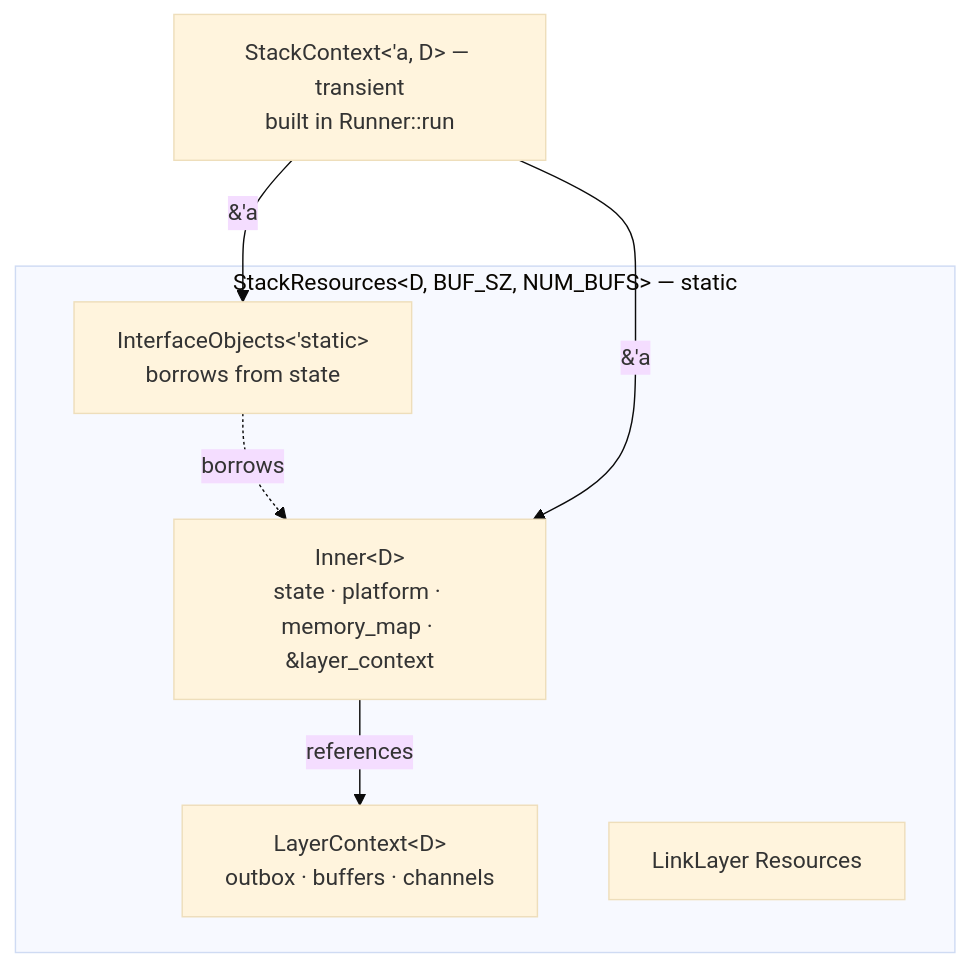
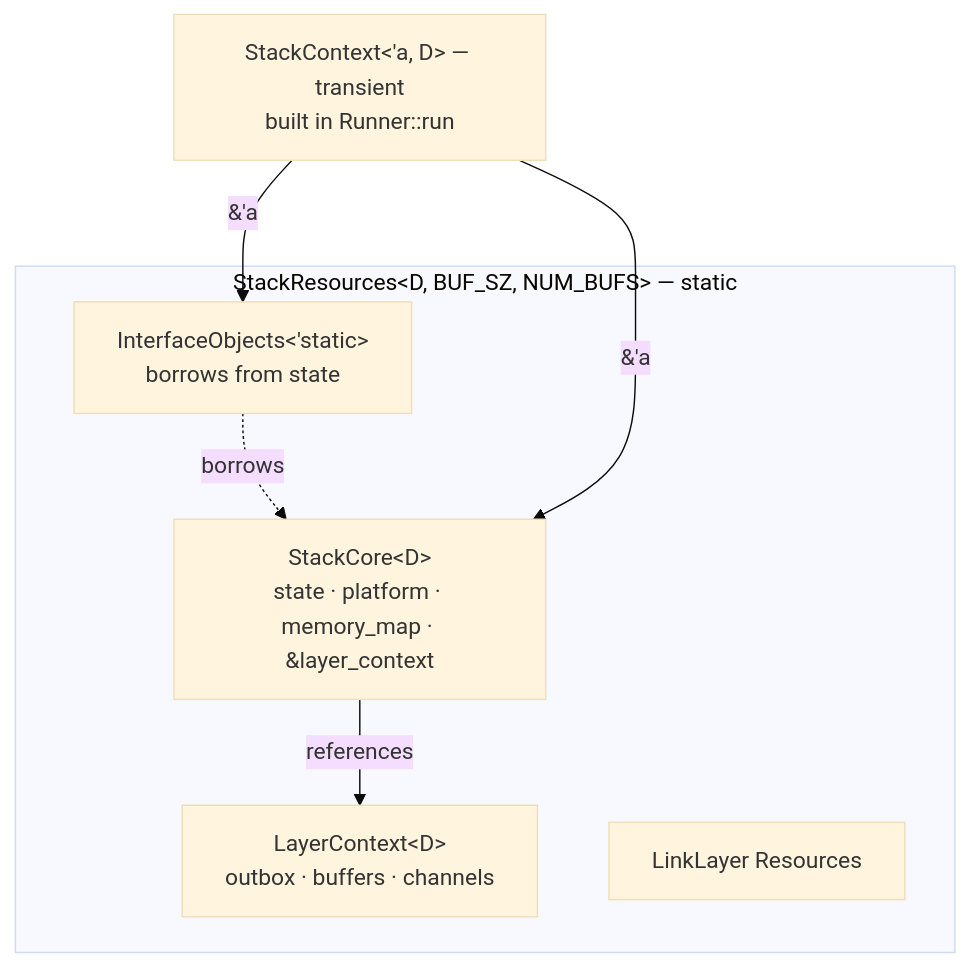
One commit to ntrnnr/zweidraehte changed the first of 2 diagrams in docs/STACK_ARCHITECTURE.md. Above: the diagram before and after it, drawn with Mermaid (base theme). The commit also changed other lines of this file and 5 other files, not shown here.

````diff
--- a/docs/STACK_ARCHITECTURE.md
+++ b/docs/STACK_ARCHITECTURE.md
@@ -103,14 +105,14 @@
 ```mermaid
 graph TB
   subgraph StackResources["StackResources&lt;D, BUF_SZ, NUM_BUFS&gt; — static"]
-    Inner["Inner&lt;D&gt;<br/>state · platform · memory_map · &amp;layer_context"]
+    StackCore["StackCore&lt;D&gt;<br/>state · platform · memory_map · &amp;layer_context"]
     LC["LayerContext&lt;D&gt;<br/>outbox · buffers · channels"]
     IO["InterfaceObjects&lt;'static&gt;<br/>borrows from state"]
     LLR["LinkLayer Resources"]
   end
-  Inner -->|references| LC
-  IO -.->|borrows| Inner
+  StackCore -->|references| LC
+  IO -.->|borrows| StackCore
   SC["StackContext&lt;'a, D&gt; — transient<br/>built in Runner::run"]
-  SC -->|&amp;'a| Inner
+  SC -->|&amp;'a| StackCore
   SC -->|&amp;'a| IO
 ```
````
